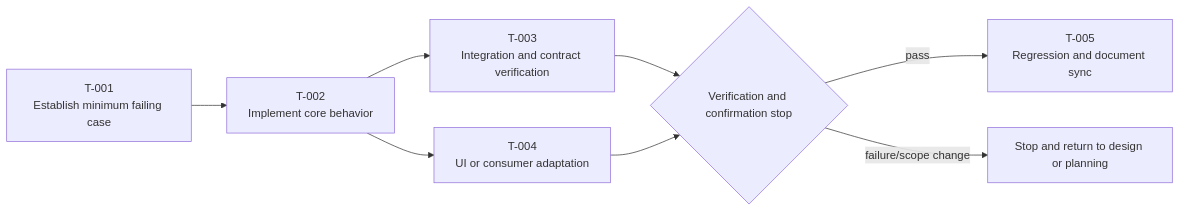
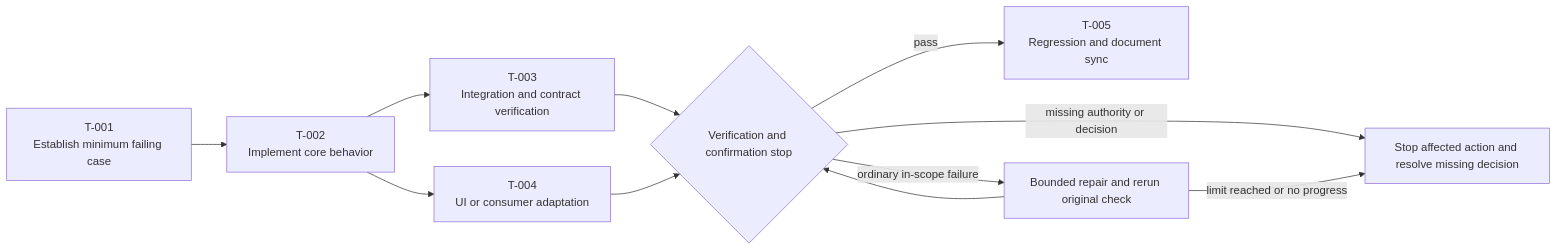
One commit to haflen/codex-company-workflow-kit changed the diagram in outputs/company-codex-workflow-template/specs/global/assets/tasks-template.md. Above: the diagram before and after it, drawn with Mermaid. The commit also changed other lines of this file and 98 other files, not shown here.

````diff
--- a/outputs/company-codex-workflow-template/specs/global/assets/tasks-template.md
+++ b/outputs/company-codex-workflow-template/specs/global/assets/tasks-template.md
@@ -39,10 +39,13 @@
 ```mermaid
 flowchart LR
     T001["T-001<br/>Establish minimum failing case"] --> T002["T-002<br/>Implement core behavior"]
     T002 --> T003["T-003<br/>Integration and contract verification"]
     T002 --> T004["T-004<br/>UI or consumer adaptation"]
     T003 --> GATE{"Verification and confirmation stop"}
     T004 --> GATE
     GATE -->|pass| T005["T-005<br/>Regression and document sync"]
-    GATE -->|failure/scope change| STOP["Stop and return to design or planning"]
+    GATE -->|ordinary in-scope failure| REPAIR["Bounded repair and rerun original check"]
+    REPAIR --> GATE
+    GATE -->|missing authority or decision| STOP["Stop affected action and resolve missing decision"]
+    REPAIR -->|limit reached or no progress| STOP
 ```
````
